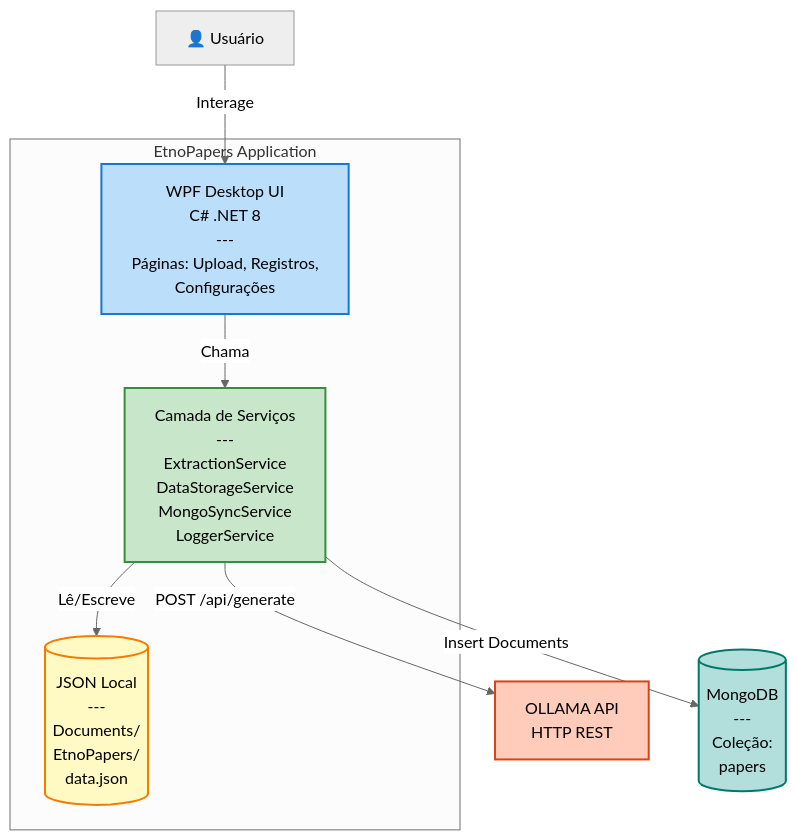
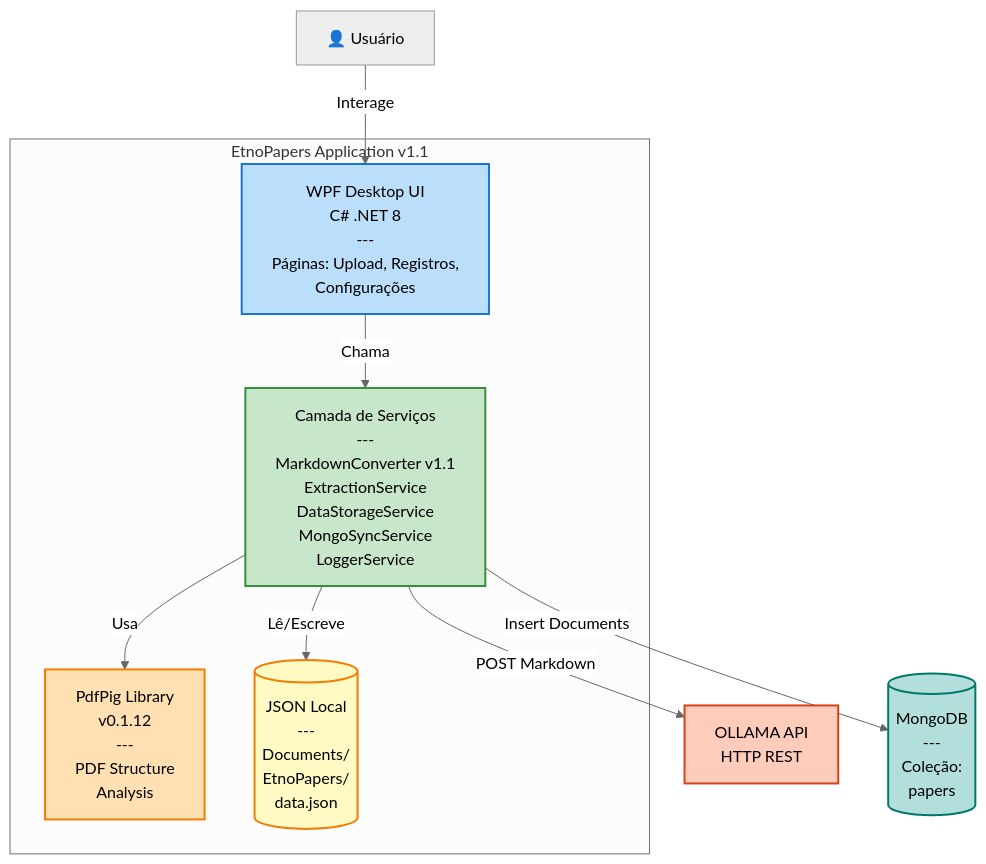
The second of 4 diagrams in Arquitetrura.md (edalcin/etnopapers), drawn with Mermaid (neutral theme) before and after one commit. The commit also changed other lines of this file, not shown here.

````diff
--- a/Arquitetrura.md
+++ b/Arquitetrura.md
@@ -36,27 +36,31 @@
 ```mermaid
 graph TB
     User[👤 Usuário]
 
-    subgraph EtnoPapers["EtnoPapers Application"]
+    subgraph EtnoPapers["EtnoPapers Application v1.1"]
         UI[WPF Desktop UI<br/>C# .NET 8<br/>---<br/>Páginas: Upload, Registros,<br/>Configurações]
 
-        Services[Camada de Serviços<br/>---<br/>ExtractionService<br/>DataStorageService<br/>MongoSyncService<br/>LoggerService]
+        Services[Camada de Serviços<br/>---<br/>MarkdownConverter v1.1<br/>ExtractionService<br/>DataStorageService<br/>MongoSyncService<br/>LoggerService]
+
+        PdfPig[PdfPig Library<br/>v0.1.12<br/>---<br/>PDF Structure<br/>Analysis]
 
         LocalDB[(JSON Local<br/>---<br/>Documents/<br/>EtnoPapers/<br/>data.json)]
     end
 
     OLLAMA[OLLAMA API<br/>HTTP REST]
     MongoDB[(MongoDB<br/>---<br/>Coleção:<br/>papers)]
 
     User -->|Interage| UI
     UI -->|Chama| Services
-    Services -->|POST /api/generate| OLLAMA
+    Services -->|Usa| PdfPig
+    Services -->|POST Markdown| OLLAMA
     Services -->|Lê/Escreve| LocalDB
     Services -->|Insert Documents| MongoDB
 
     style UI fill:#bbdefb,stroke:#1976d2,stroke-width:2px,color:black
     style Services fill:#c8e6c9,stroke:#388e3c,stroke-width:2px,color:black
+    style PdfPig fill:#ffe0b2,stroke:#f57c00,stroke-width:2px,color:black
     style LocalDB fill:#fff9c4,stroke:#f57c00,stroke-width:2px,color:black
     style OLLAMA fill:#ffccbc,stroke:#d84315,stroke-width:2px,color:black
     style MongoDB fill:#b2dfdb,stroke:#00796b,stroke-width:2px,color:black
 ```
````
